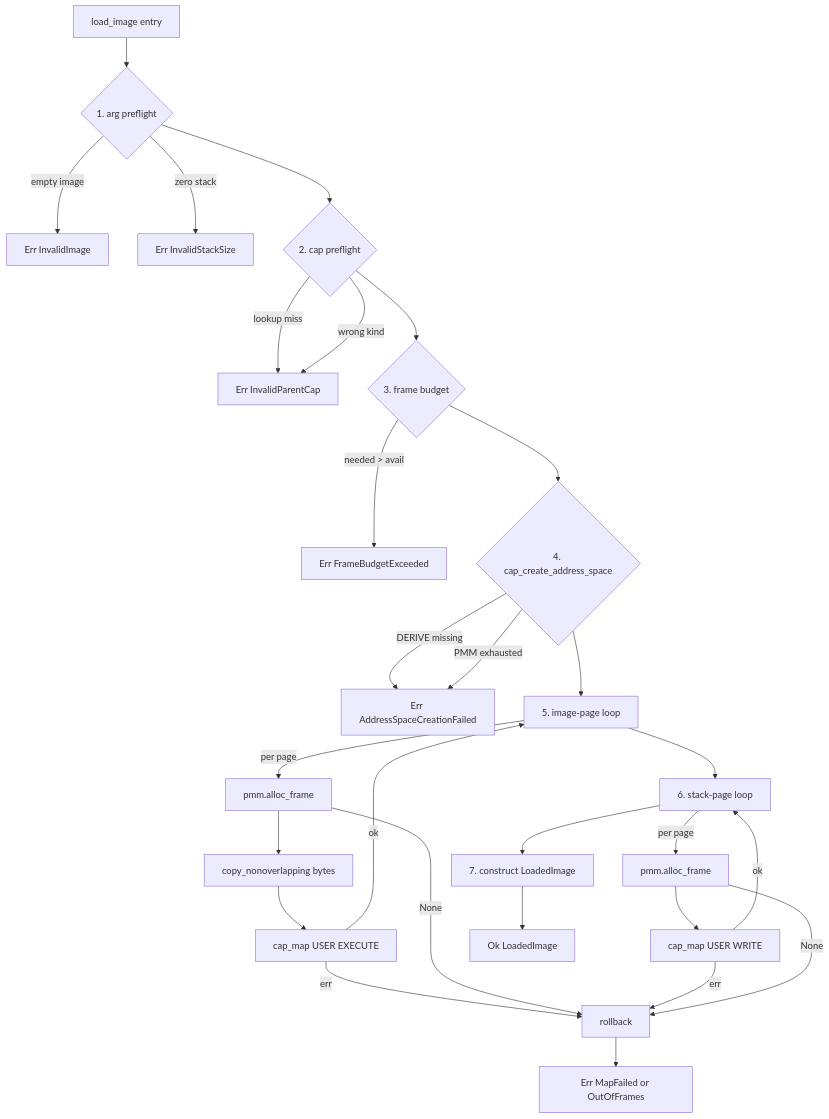
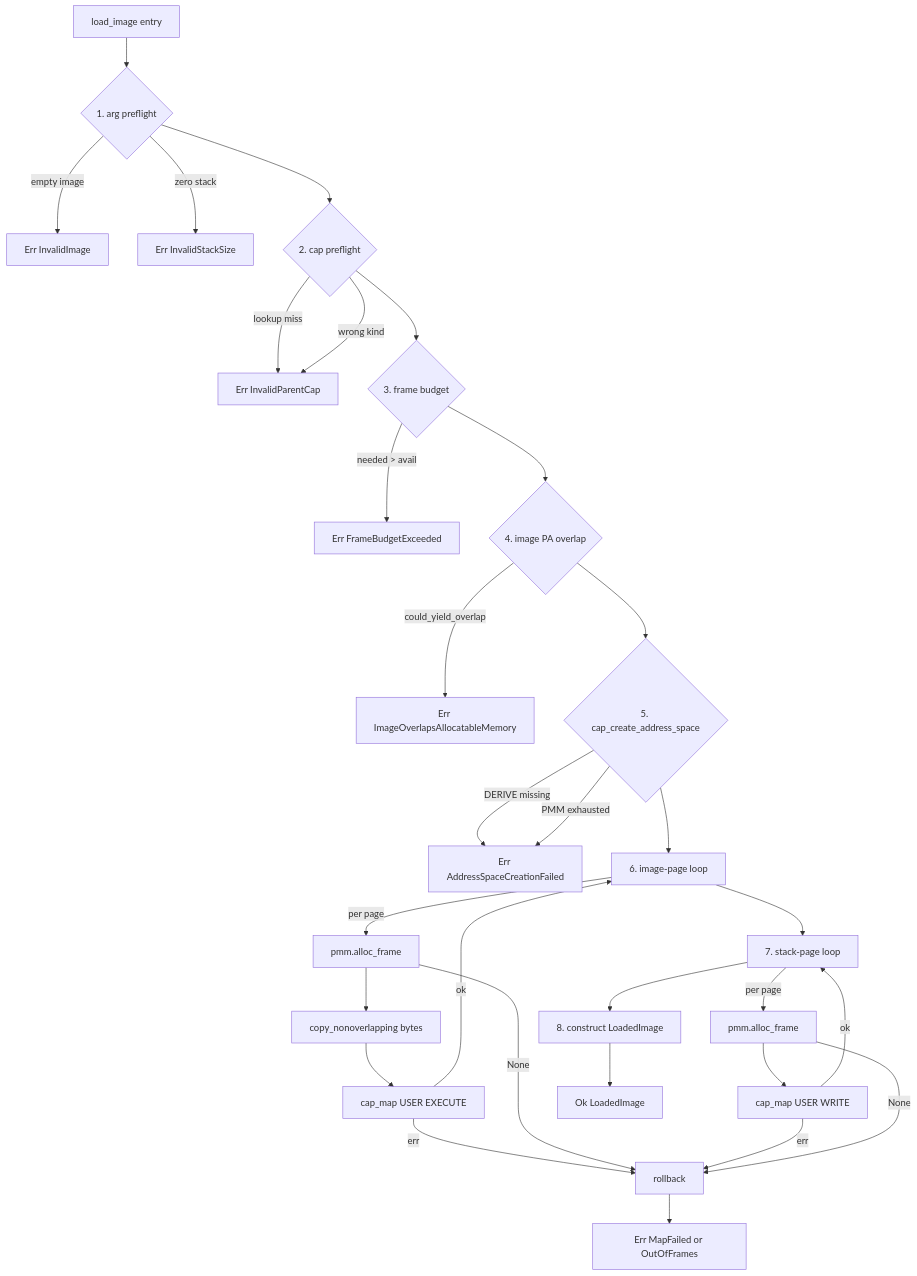
Before and after one commit to cemililik/Tyrne: the first of 2 diagrams in docs/architecture/task-loader.md, drawn with Mermaid. The commit also changed other lines of this file and 7 other files, not shown here.

````diff
--- a/docs/architecture/task-loader.md
+++ b/docs/architecture/task-loader.md
@@ -27,30 +27,32 @@
 ```mermaid
 flowchart TB
     A[load_image entry] --> B{1. arg preflight}
     B -- empty image --> X1[Err InvalidImage]
     B -- zero stack --> X2[Err InvalidStackSize]
     B --> C{2. cap preflight}
     C -- lookup miss --> X3[Err InvalidParentCap]
     C -- wrong kind --> X3
     C --> D{3. frame budget}
     D -- needed > avail --> X4[Err FrameBudgetExceeded]
-    D --> E{4. cap_create_address_space}
+    D --> P{4. image PA overlap}
+    P -- could_yield_overlap --> X4b[Err ImageOverlapsAllocatableMemory]
+    P --> E{5. cap_create_address_space}
     E -- DERIVE missing --> X5[Err AddressSpaceCreationFailed]
     E -- PMM exhausted --> X5
-    E --> F[5. image-page loop]
+    E --> F[6. image-page loop]
     F -- per page --> F1[pmm.alloc_frame]
     F1 --> F2[copy_nonoverlapping bytes]
     F2 --> F3[cap_map USER EXECUTE]
     F3 -- ok --> F
     F3 -- err --> R[rollback]
     F1 -- None --> R
-    F --> G[6. stack-page loop]
+    F --> G[7. stack-page loop]
     G -- per page --> G1[pmm.alloc_frame]
     G1 --> G2[cap_map USER WRITE]
     G2 -- ok --> G
     G2 -- err --> R
     G1 -- None --> R
-    G --> H[7. construct LoadedImage]
+    G --> H[8. construct LoadedImage]
     H --> OK[Ok LoadedImage]
     R --> X6[Err MapFailed or OutOfFrames]
 ```
````
